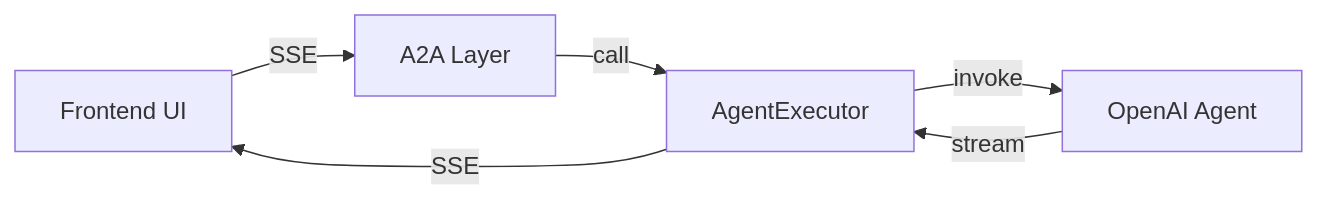
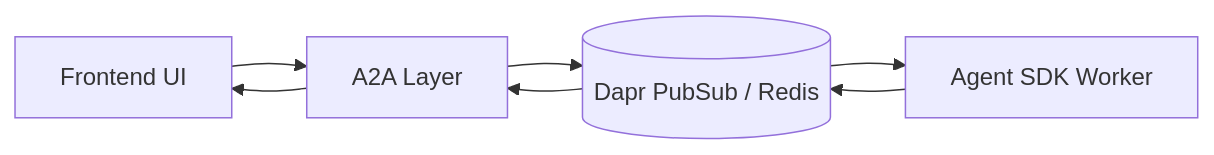
Before and after one commit to mjunaidca/infinite-agent-streams: the second of 5 diagrams in readme.md, drawn with Mermaid. The commit also changed other lines of this file, not shown here.

````diff
--- a/readme.md
+++ b/readme.md
@@ -23,6 +67,8 @@
 ```mermaid
 flowchart LR
-  FE[Frontend UI] -- SSE --> A2A[A2A Layer] -- call --> Executor[AgentExecutor]
-  Executor -- invoke --> OpenAI[OpenAI Agent]
-  OpenAI -- stream --> Executor -- SSE --> FE
+  FE[Frontend UI] --> A2A[A2A Layer]
+  A2A --> PubSub[(Dapr PubSub / Redis)]
+  PubSub --> Agent[Agent SDK Worker]
+  Agent --> PubSub
+  PubSub --> A2A --> FE
 ```
````
